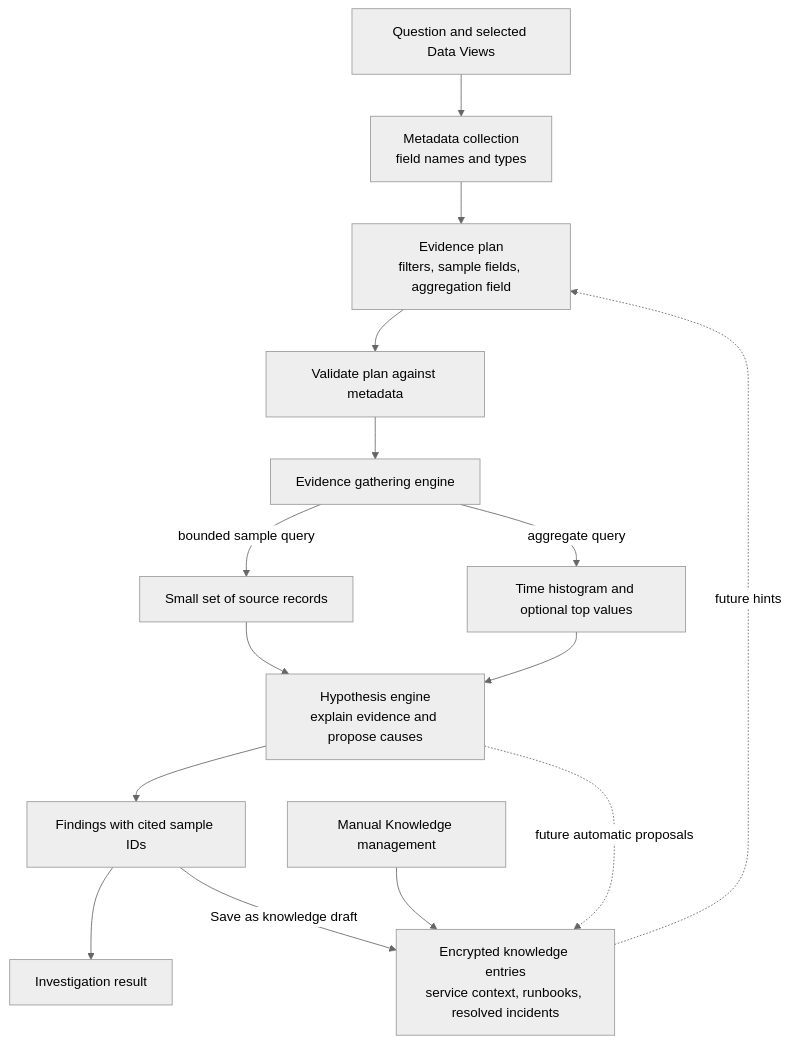
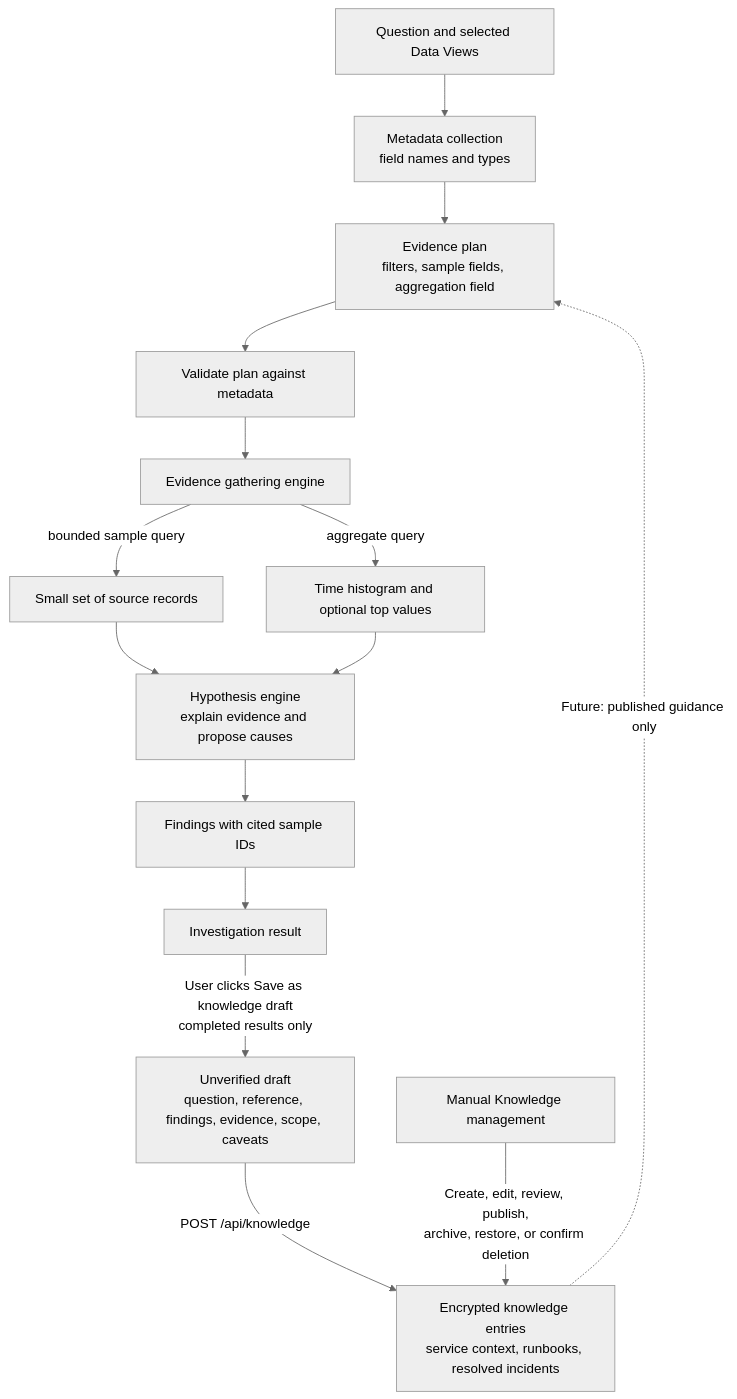
Before and after one commit to InvestiGenie/investigenie: the first of 2 diagrams in docs/investigation-pipeline.md, drawn with Mermaid (neutral theme). The commit also changed other lines of this file and 8 other files, not shown here.

Commit message:
Update knowledge documentation and diagrams

````diff
--- a/docs/investigation-pipeline.md
+++ b/docs/investigation-pipeline.md
@@ -5,17 +5,17 @@
 ```mermaid
 flowchart TD
     Q[Question and selected Data Views] --> M[Metadata collection<br/>field names and types]
     M --> P[Evidence plan<br/>filters, sample fields, aggregation field]
     P --> V[Validate plan against metadata]
     V --> E[Evidence gathering engine]
     E -->|bounded sample query| S[Small set of source records]
     E -->|aggregate query| A[Time histogram and optional top values]
     S --> H[Hypothesis engine<br/>explain evidence and propose causes]
     A --> H
     H --> R[Findings with cited sample IDs]
     R --> UI[Investigation result]
-    U[Manual Knowledge management] --> K[Encrypted knowledge entries<br/>service context, runbooks, resolved incidents]
-    R -->|Save as knowledge draft| K
-    H -. future automatic proposals .-> K
-    K -. future hints .-> P
+    UI -->|User clicks Save as knowledge draft<br/>completed results only| D[Unverified draft<br/>question, reference, findings, evidence, scope, caveats]
+    D -->|POST /api/knowledge| K[Encrypted knowledge entries<br/>service context, runbooks, resolved incidents]
+    U[Manual Knowledge management] -->|Create, edit, review, publish,<br/>archive, restore, or confirm deletion| K
+    K -. Future: published guidance only .-> P
 ```
````
